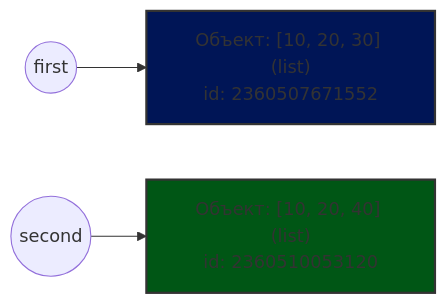
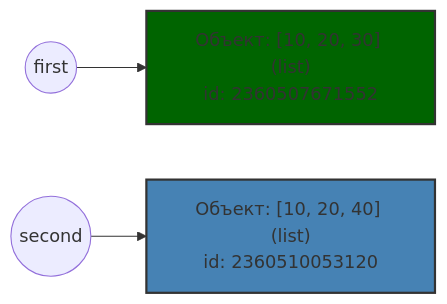
The second of 3 diagrams in solutions/lab_02/REPORT.md (Dikobez/fai_topit_fundamentals_of_programming), drawn with Mermaid before and after one commit. The commit also changed other lines of this file, not shown here.

````diff
--- a/solutions/lab_02/REPORT.md
+++ b/solutions/lab_02/REPORT.md
@@ -22,8 +22,8 @@
 ```mermaid
 graph LR
     first((first)) --> list1["Объект: [10, 20, 30] (list)<br/>id: 2360507671552"]
     second((second)) --> list2["Объект: [10, 20, 40] (list)<br/>id: 2360510053120"]
     
-    style list1 fill:#001556,stroke:#333,stroke-width:2px
-    style list2 fill:#005615,stroke:#333,stroke-width:2px
+    style list1 fill:#006400,stroke:#333,stroke-width:2px
+    style list2 fill:#4682B4,stroke:#333,stroke-width:2px
 ```
````
